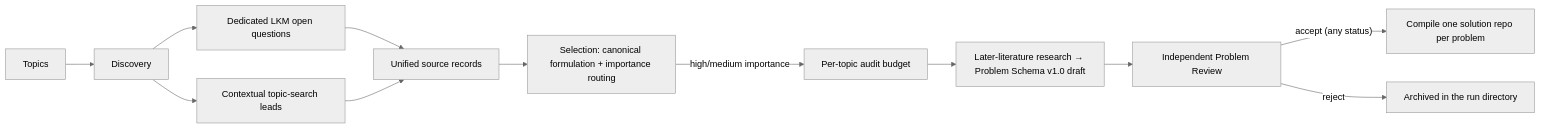
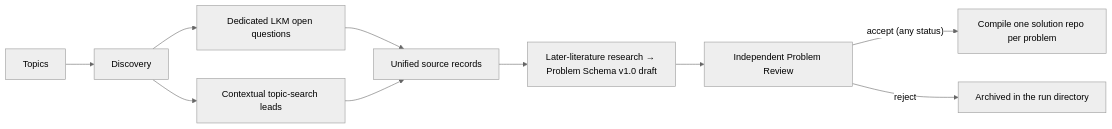
Before and after one commit to kunyuan/open-research-discovery: the diagram in docs/discovery-pipeline.md, drawn with Mermaid (neutral theme). The commit also changed other lines of this file and 10 other files, not shown here.

````diff
--- a/docs/discovery-pipeline.md
+++ b/docs/discovery-pipeline.md
@@ -7,14 +7,12 @@
 ```mermaid
 flowchart LR
     T["Topics"] --> D["Discovery"]
     D --> L["Dedicated LKM open questions"]
     D --> Q["Contextual topic-search leads"]
     L --> U["Unified source records"]
     Q --> U
-    U --> C["Selection: canonical formulation + importance routing"]
-    C -->|"high/medium importance"| B["Per-topic audit budget"]
-    B --> R["Later-literature research → Problem Schema v1.0 draft"]
+    U --> R["Later-literature research → Problem Schema v1.0 draft"]
     R --> V["Independent Problem Review"]
     V -->|"accept (any status)"| G["Compile one solution repo per problem"]
     V -->|"reject"| X["Archived in the run directory"]
 ```
````
